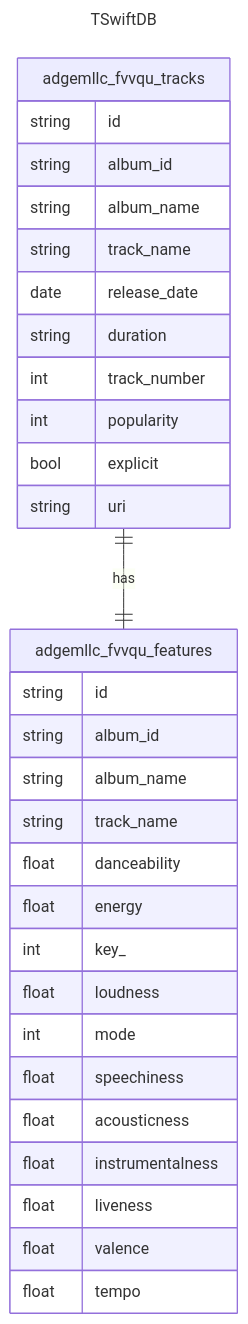
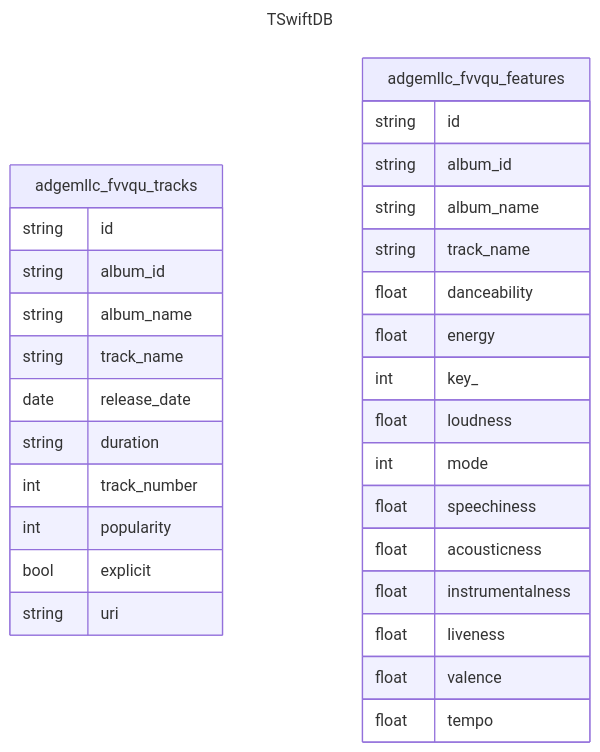
Before and after one commit to nhaynes/mermaid: the diagram in ERD.md, drawn with Mermaid.

Commit message:
docs: remove relationship

````diff
--- a/ERD.md
+++ b/ERD.md
@@ -7,37 +7,36 @@
 ```mermaid
 ---
 title: TSwiftDB
 
 ---
 erDiagram
     t[adgemllc_fvvqu_tracks] {
         string id
         string album_id
         string album_name
         string track_name
         date release_date
         string duration
         int track_number
         int popularity
         bool explicit
         string uri
     }
     f[adgemllc_fvvqu_features] {
         string id
         string album_id
         string album_name
         string track_name
         float danceability
         float energy
         int key_
         float loudness
         int mode
         float speechiness
         float acousticness
         float instrumentalness
         float liveness
         float valence
         float tempo
     }
-    t ||--|| f : has
 ```
````
